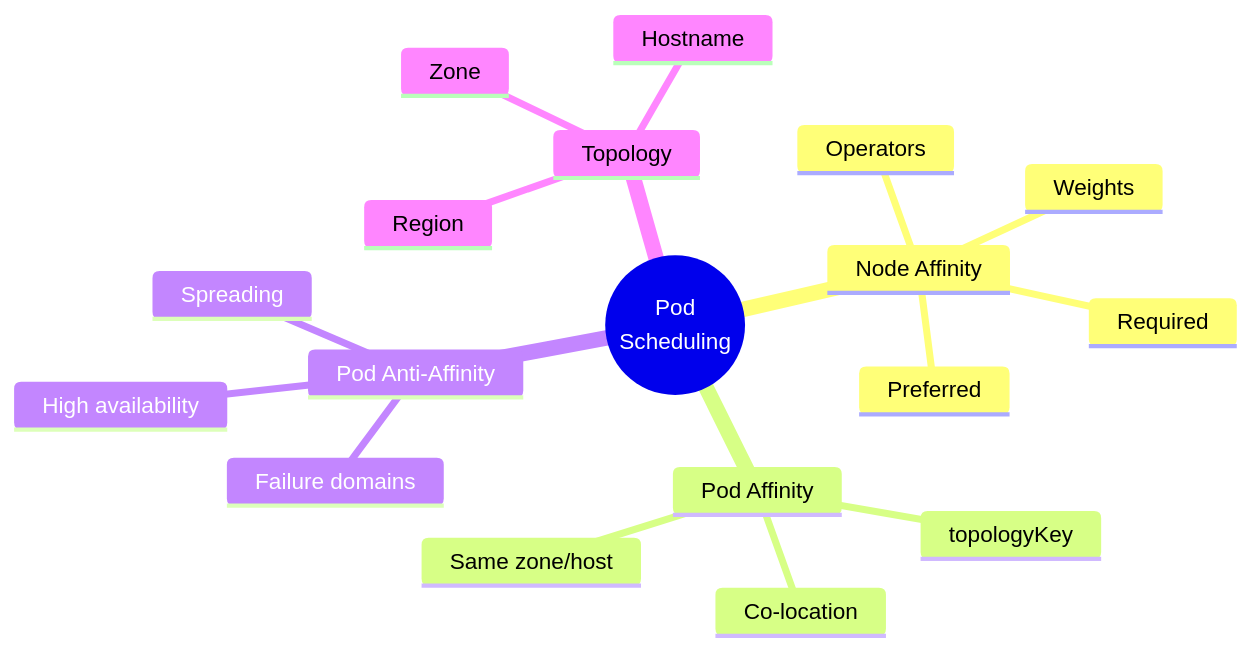
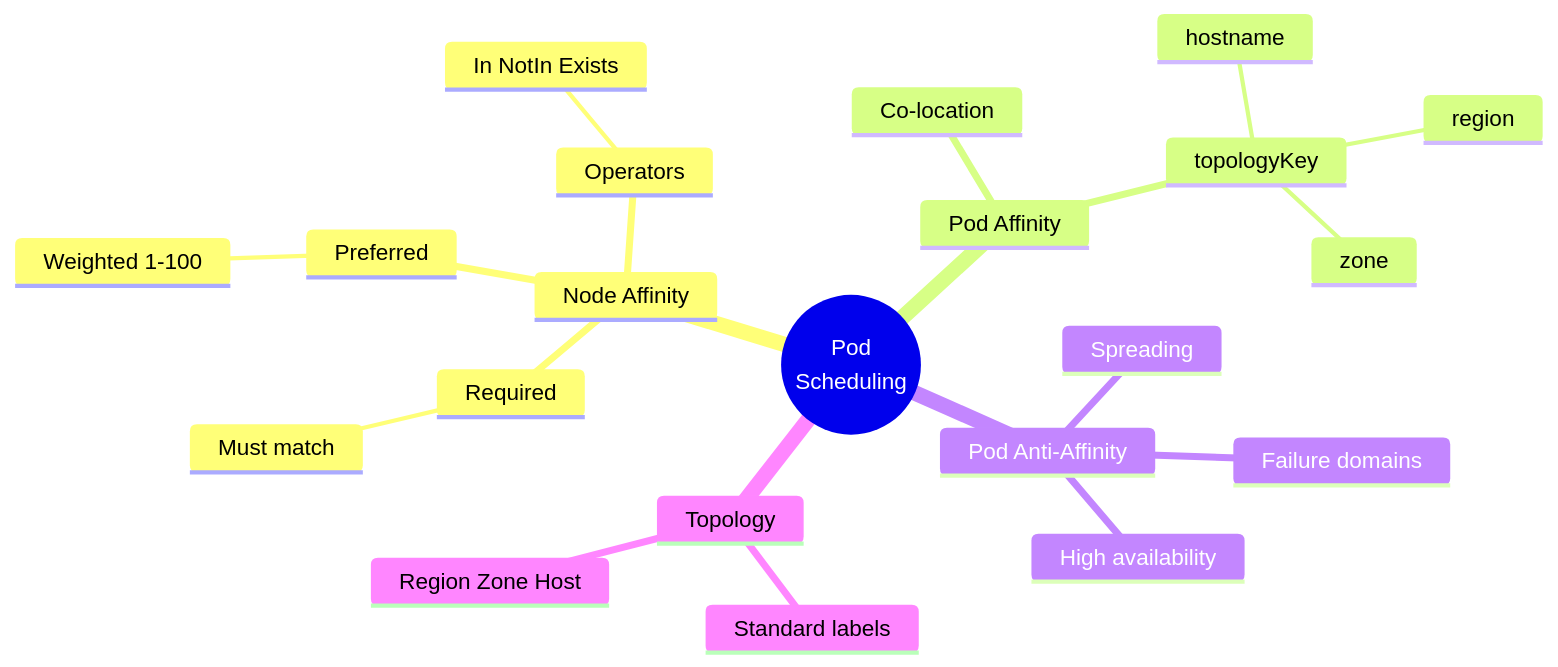
One commit to courselabs/kubernetes changed the eighth of 8 diagrams in slides/affinity/slides.md. Above: the diagram before and after it, drawn with Mermaid. The commit also changed other lines of this file and 7 other files, not shown here.

````diff
--- a/slides/affinity/slides.md
+++ b/slides/affinity/slides.md
@@ -421,21 +444,24 @@
 ```mermaid
 mindmap
   root((Pod<br/>Scheduling))
     Node Affinity
       Required
+        Must match
       Preferred
+        Weighted 1-100
       Operators
-      Weights
+        In NotIn Exists
     Pod Affinity
       Co-location
       topologyKey
-      Same zone/host
+        hostname
+        zone
+        region
     Pod Anti-Affinity
       Spreading
       High availability
       Failure domains
     Topology
-      Region
-      Zone
-      Hostname
+      Standard labels
+      Region Zone Host
 ```
````
